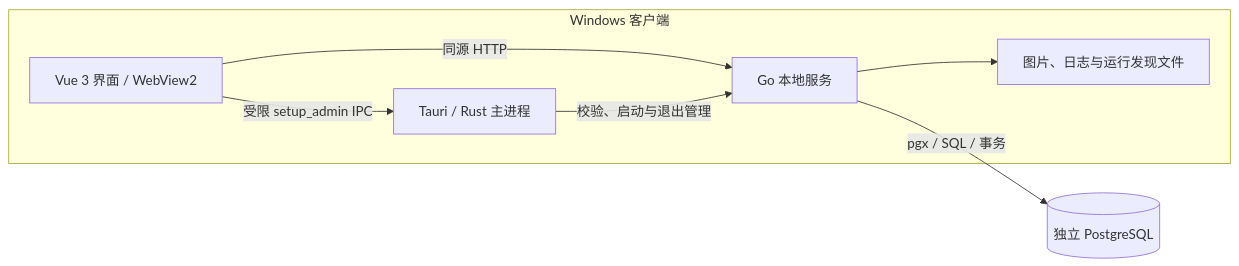
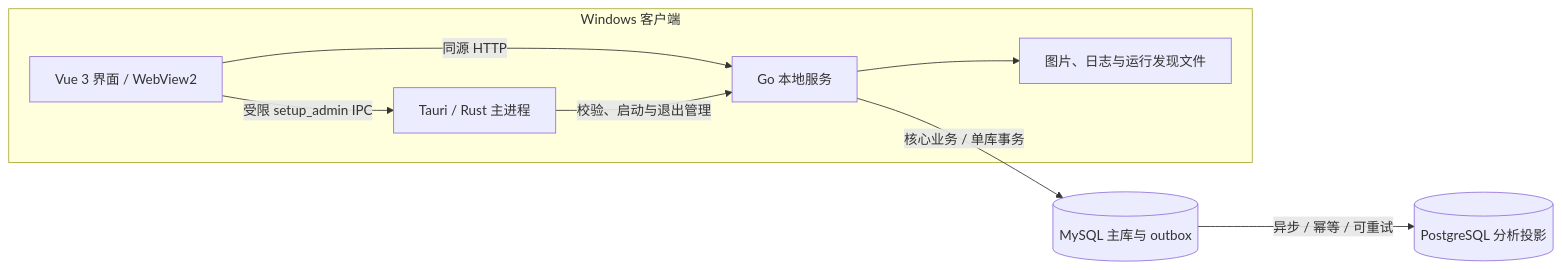
One commit to WatchTestCs/smart-elderly-watch-management changed the diagram in architecture.md. Above: the diagram before and after it, drawn with Mermaid. The commit also changed other lines of this file and 108 other files, not shown here.

````diff
--- a/architecture.md
+++ b/architecture.md
@@ -13,14 +15,15 @@
 ```mermaid
 flowchart LR
   subgraph Windows["Windows 客户端"]
     UI["Vue 3 界面 / WebView2"]
     R["Tauri / Rust 主进程"]
     G["Go 本地服务"]
     F["图片、日志与运行发现文件"]
     UI -->|"同源 HTTP"| G
     UI -->|"受限 setup_admin IPC"| R
     R -->|"校验、启动与退出管理"| G
     G --> F
   end
-  G -->|"pgx / SQL / 事务"| P[("独立 PostgreSQL")]
+  G -->|"核心业务 / 单库事务"| M[("MySQL 主库与 outbox")]
+  M -->|"异步 / 幂等 / 可重试"| P[("PostgreSQL 分析投影")]
 ```
````
